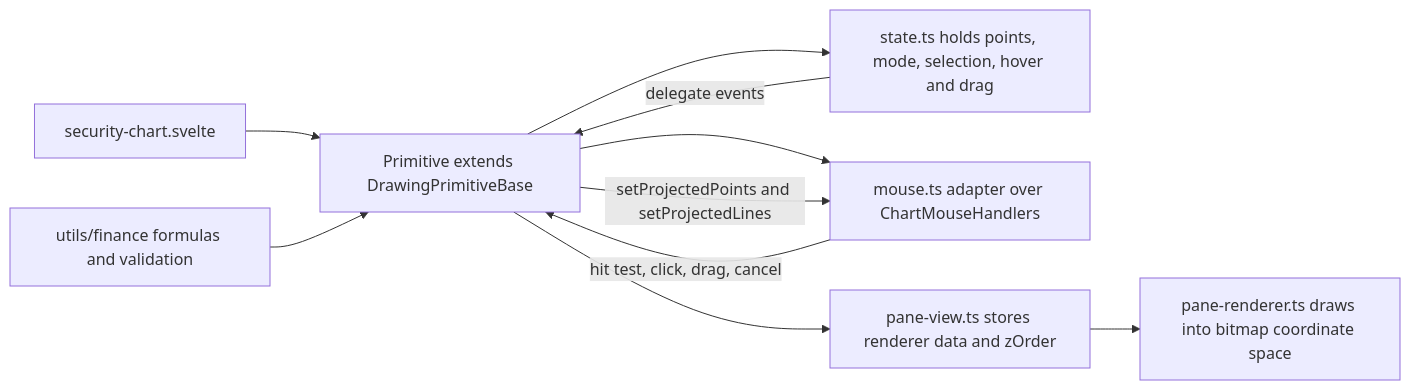
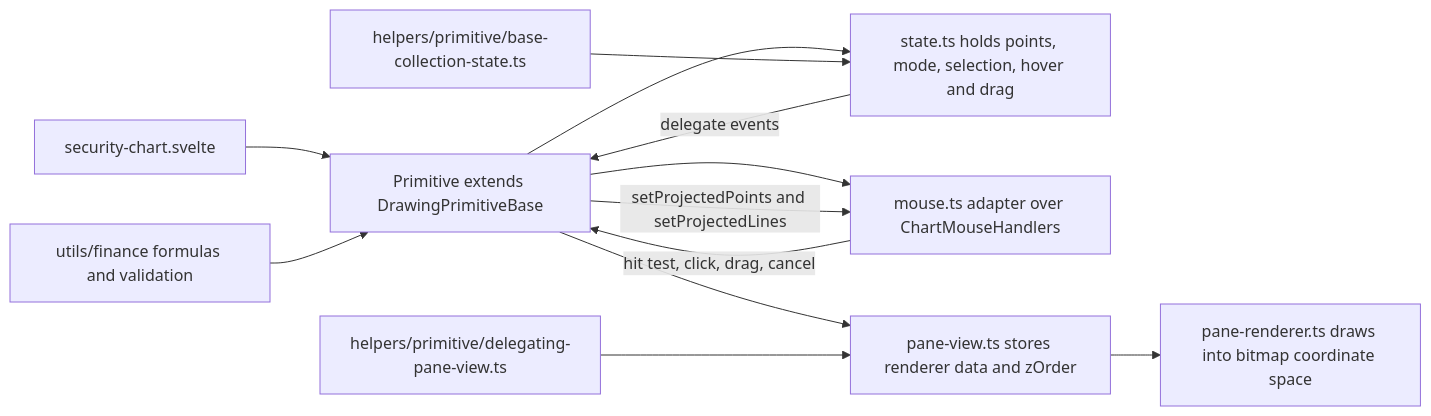
Before and after one commit to havekes/retail-portfolio: the first of 4 diagrams in openwiki/architecture/charting.md, drawn with Mermaid. The commit also changed other lines of this file and 32 other files, not shown here.

````diff
--- a/openwiki/architecture/charting.md
+++ b/openwiki/architecture/charting.md
@@ -283,12 +324,14 @@
 ```mermaid
 flowchart LR
     SEC["security-chart.svelte"] --> PRIM["Primitive extends DrawingPrimitiveBase"]
     PRIM --> STATE["state.ts holds points, mode, selection, hover and drag"]
     PRIM --> MOUSE["mouse.ts adapter over ChartMouseHandlers"]
     PRIM --> VIEW["pane-view.ts stores renderer data and zOrder"]
     VIEW --> RENDER["pane-renderer.ts draws into bitmap coordinate space"]
     STATE -->|"delegate events"| PRIM
     MOUSE -->|"hit test, click, drag, cancel"| PRIM
     PRIM -->|"setProjectedPoints and setProjectedLines"| MOUSE
     FIN["utils/finance formulas and validation"] --> PRIM
+    BASE["helpers/primitive/base-collection-state.ts"] --> STATE
+    DELEG["helpers/primitive/delegating-pane-view.ts"] --> VIEW
 ```
````
